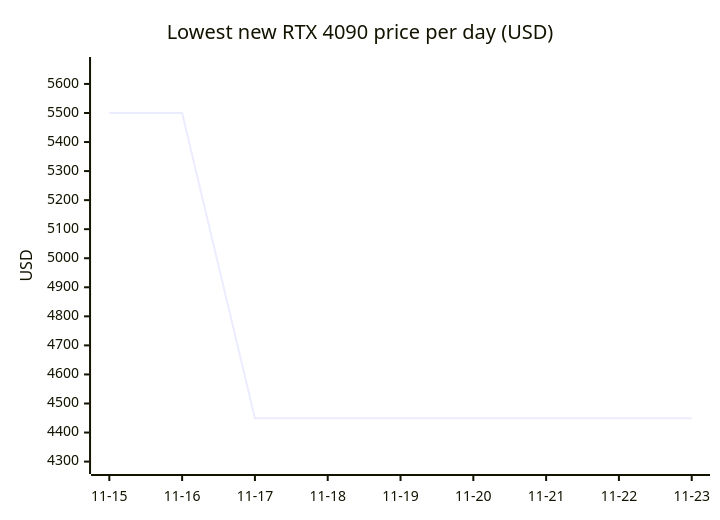
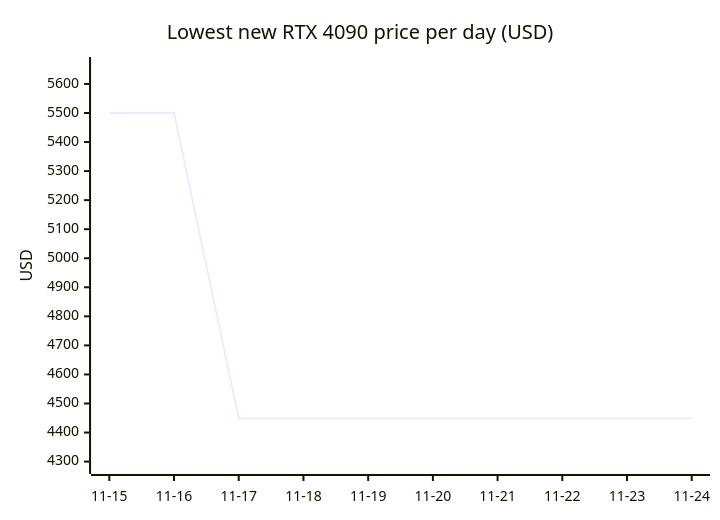
Before and after one commit to 7324136828/4tb_ssd_price_watch: the seventh of 18 diagrams in README.md, drawn with Mermaid. The commit also changed other lines of this file, not shown here.

````diff
--- a/README.md
+++ b/README.md
@@ -867,7 +928,7 @@
 ```mermaid
 xychart-beta
     title "Lowest new RTX 4090 price per day (USD)"
-    x-axis ["11-15", "11-16", "11-17", "11-18", "11-19", "11-20", "11-21", "11-22", "11-23"]
+    x-axis ["11-15", "11-16", "11-17", "11-18", "11-19", "11-20", "11-21", "11-22", "11-23", "11-24"]
     y-axis "USD" 4290 --> 5660
-    line [5500.00, 5500.00, 4449.00, 4449.00, 4449.00, 4449.00, 4449.00, 4449.00, 4449.00]
+    line [5500.00, 5500.00, 4449.00, 4449.00, 4449.00, 4449.00, 4449.00, 4449.00, 4449.00, 4449.00]
 ```
````
